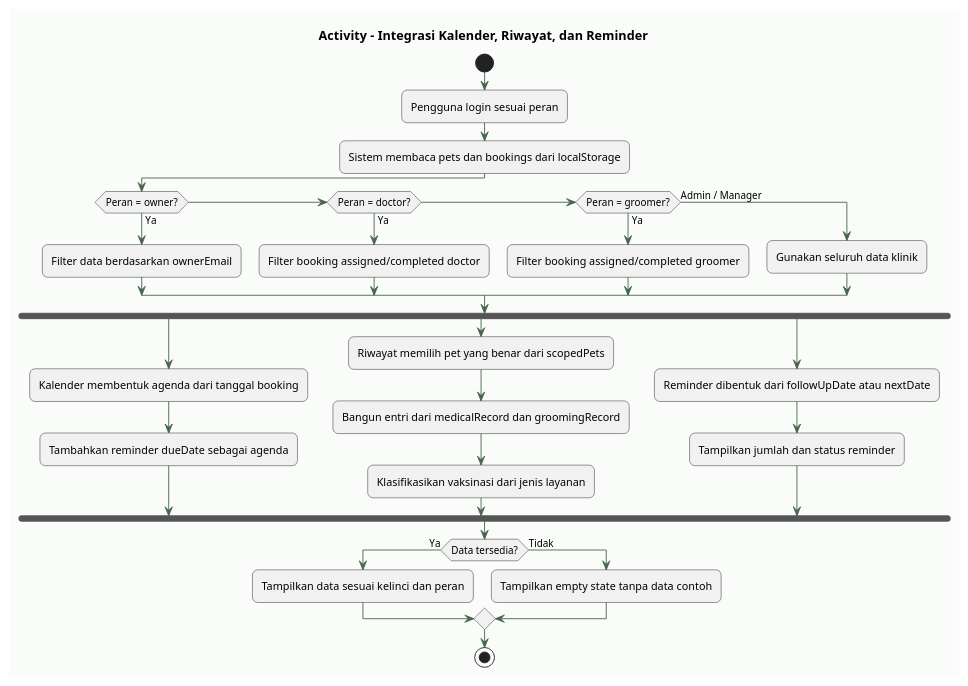
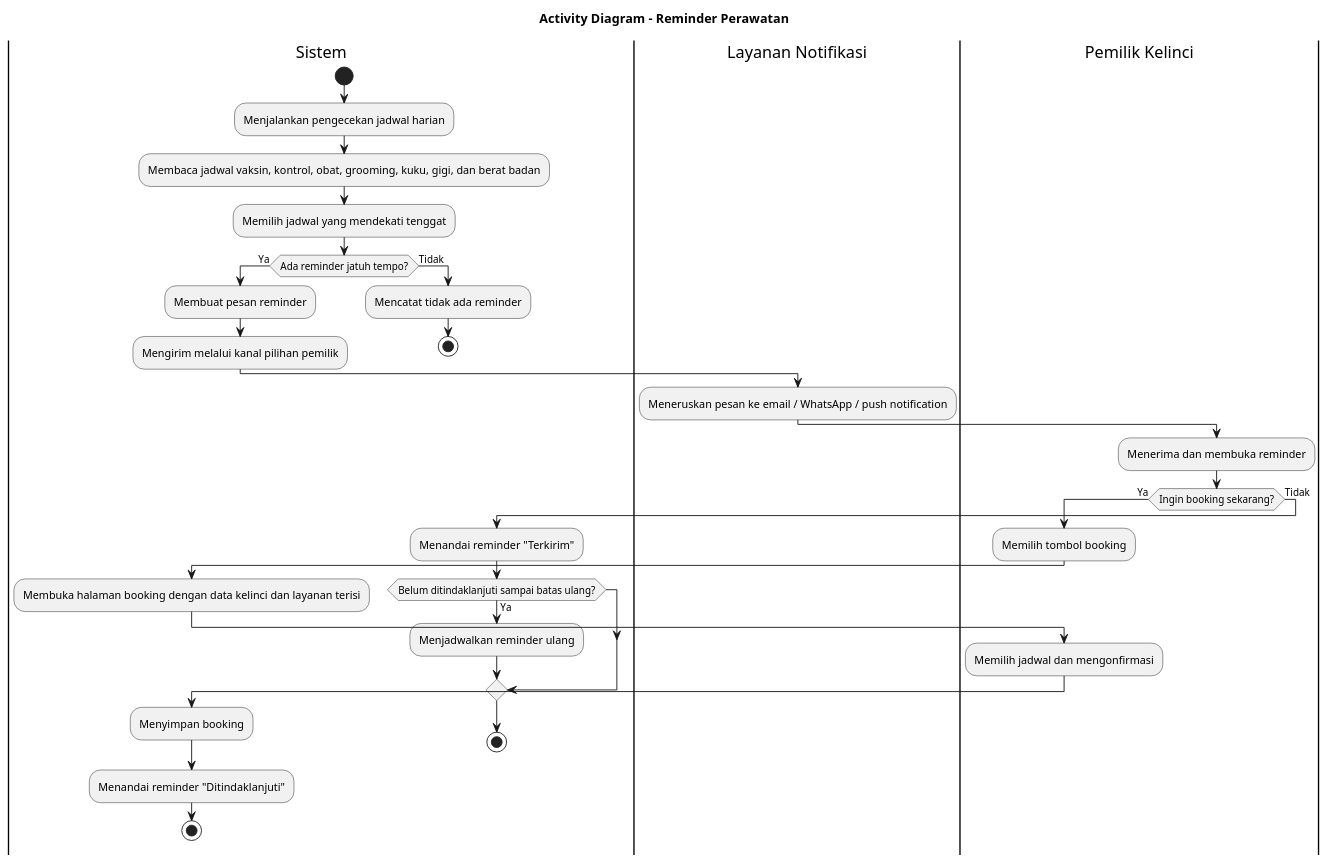
The diagram in diagrams/10_activity_calendar_history_reminder.puml (audyyagustin/rabbitcare-apsi), drawn with PlantUML before and after one commit.

```diff
--- a/diagrams/10_activity_calendar_history_reminder.puml
+++ b/diagrams/10_activity_calendar_history_reminder.puml
@@ -1,40 +1,41 @@
 @startuml
 skinparam shadowing false
-skinparam roundcorner 12
-skinparam defaultFontName Arial
-skinparam ArrowColor #48664C
-skinparam BorderColor #48664C
-skinparam BackgroundColor #FAFCFA
-skinparam NoteBackgroundColor #FFF7E8
-skinparam NoteBorderColor #D99A43
-title Activity - Integrasi Kalender, Riwayat, dan Reminder
+title Activity Diagram - Reminder Perawatan
+
+|Sistem|
 start
-:Pengguna login sesuai peran;
-:Sistem membaca pets dan bookings dari localStorage;
-if (Peran = owner?) then (Ya)
-  :Filter data berdasarkan ownerEmail;
-elseif (Peran = doctor?) then (Ya)
-  :Filter booking assigned/completed doctor;
-elseif (Peran = groomer?) then (Ya)
-  :Filter booking assigned/completed groomer;
-else (Admin / Manager)
-  :Gunakan seluruh data klinik;
+:Menjalankan pengecekan jadwal harian;
+:Membaca jadwal vaksin, kontrol, obat, grooming, kuku, gigi, dan berat badan;
+:Memilih jadwal yang mendekati tenggat;
+if (Ada reminder jatuh tempo?) then (Ya)
+  :Membuat pesan reminder;
+  :Mengirim melalui kanal pilihan pemilik;
+else (Tidak)
+  :Mencatat tidak ada reminder;
+  stop
 endif
-fork
-  :Kalender membentuk agenda dari tanggal booking;
-  :Tambahkan reminder dueDate sebagai agenda;
-fork again
-  :Riwayat memilih pet yang benar dari scopedPets;
-  :Bangun entri dari medicalRecord dan groomingRecord;
-  :Klasifikasikan vaksinasi dari jenis layanan;
-fork again
-  :Reminder dibentuk dari followUpDate atau nextDate;
-  :Tampilkan jumlah dan status reminder;
-end fork
-if (Data tersedia?) then (Ya)
-  :Tampilkan data sesuai kelinci dan peran;
+
+|Layanan Notifikasi|
+:Meneruskan pesan ke email / WhatsApp / push notification;
+
+|Pemilik Kelinci|
+:Menerima dan membuka reminder;
+if (Ingin booking sekarang?) then (Ya)
+  :Memilih tombol booking;
+  |Sistem|
+  :Membuka halaman booking dengan data kelinci dan layanan terisi;
+  |Pemilik Kelinci|
+  :Memilih jadwal dan mengonfirmasi;
+  |Sistem|
+  :Menyimpan booking;
+  :Menandai reminder "Ditindaklanjuti";
+  stop
 else (Tidak)
-  :Tampilkan empty state tanpa data contoh;
+  |Sistem|
+  :Menandai reminder "Terkirim";
+  if (Belum ditindaklanjuti sampai batas ulang?) then (Ya)
+    :Menjadwalkan reminder ulang;
+  endif
+  stop
 endif
-stop
 @enduml
```
